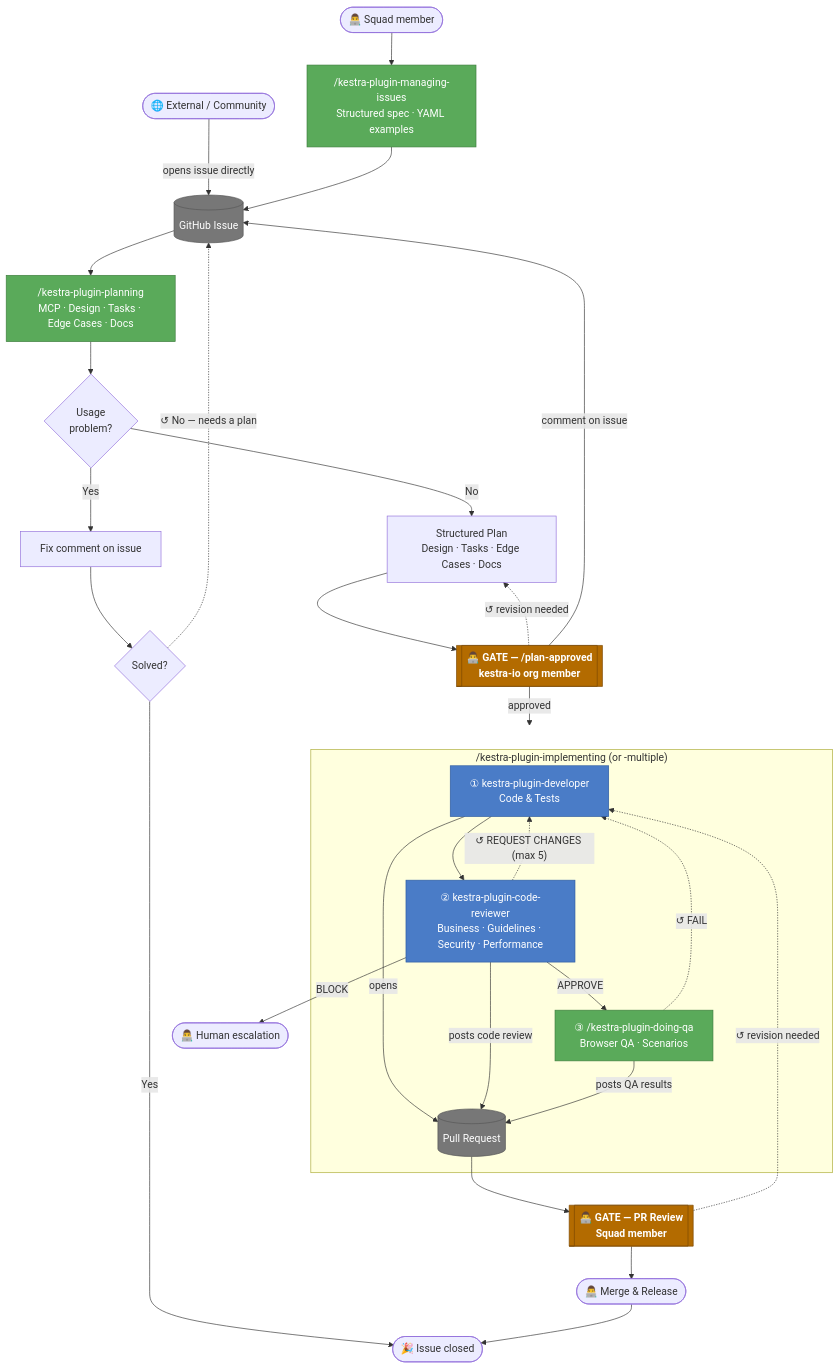
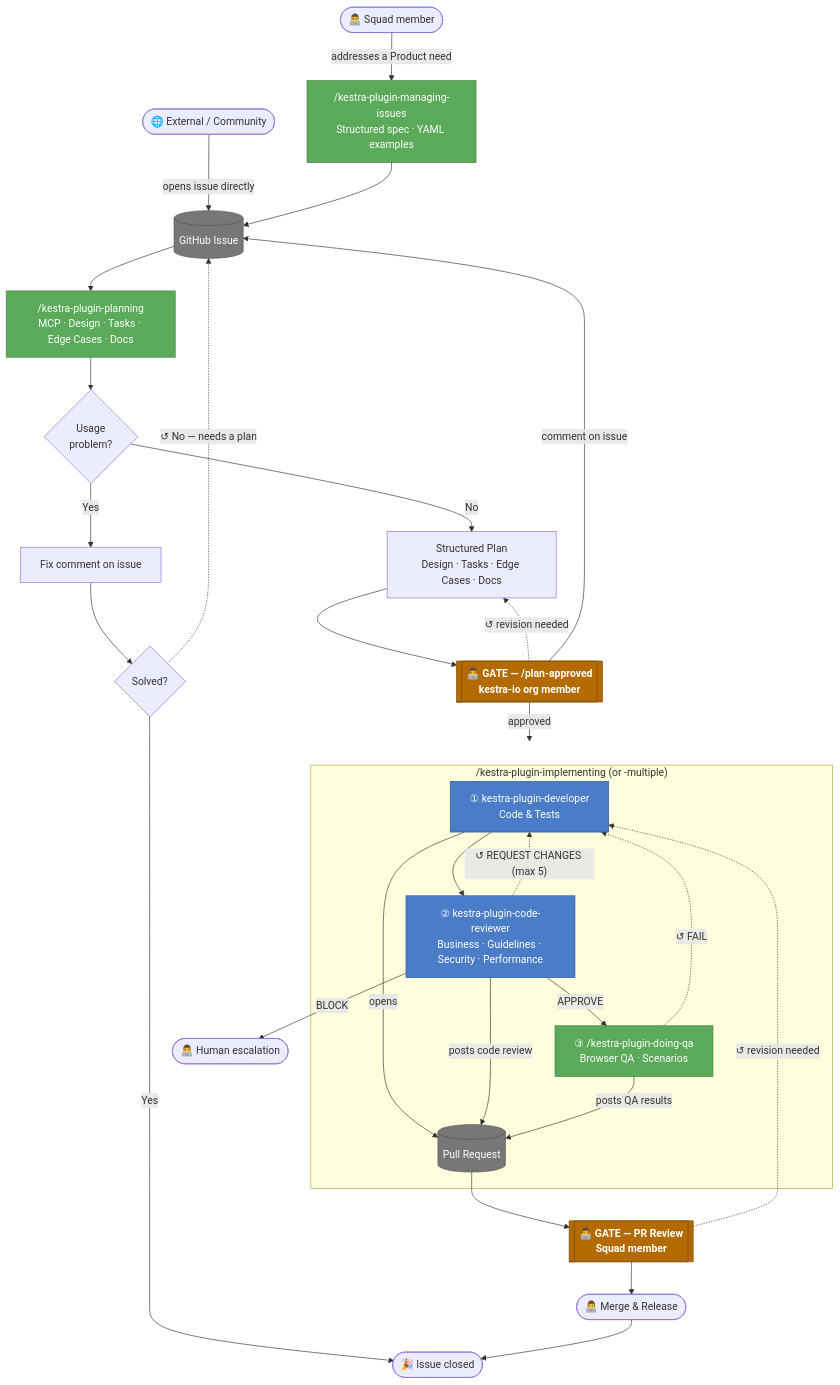
One commit to kestra-io/docs changed the diagram in src/contents/blogs/context-engineering-plugins-squad/index.md. Above: the diagram before and after it, drawn with Mermaid.

Commit message:
docs: label Squad member entry with "addresses a Product need"
Mirror the label pattern used for External contrib's "opens issue directly".

````diff
--- a/src/contents/blogs/context-engineering-plugins-squad/index.md
+++ b/src/contents/blogs/context-engineering-plugins-squad/index.md
@@ -92,47 +92,47 @@
 ```mermaid
 flowchart TD
     EXT(["🌐 External / Community"]) -->|"opens issue directly"| GH
-    A(["👨‍💻 Squad member"]) --> B
+    A(["👨‍💻 Squad member"]) -->|"addresses a Product need"| B
     B["/kestra-plugin-managing-issues\nStructured spec · YAML examples"] --> GH
     GH[(GitHub Issue)] --> C
     C["/kestra-plugin-planning\nMCP · Design · Tasks · Edge Cases · Docs"] --> D{Usage\nproblem?}
     D -->|Yes| E[Fix comment on issue]
     E --> S{Solved?}
     S -->|Yes| DONE(["🎉 Issue closed"])
     S -.->|"↺ No — needs a plan"| GH
     D -->|No| F["Structured Plan\nDesign · Tasks · Edge Cases · Docs"]
     F --> G[["👨‍💻 GATE — /plan-approved\nkestra-io org member"]]
     G -.->|"↺ revision needed"| F
     G -->|"comment on issue"| GH
     G -->|approved| IMPL
 
     subgraph IMPL["/kestra-plugin-implementing (or -multiple)"]
         I["① kestra-plugin-developer\nCode & Tests"]
         J["② kestra-plugin-code-reviewer\nBusiness · Guidelines · Security · Performance"]
         L["③ /kestra-plugin-doing-qa\nBrowser QA · Scenarios"]
         PR[(Pull Request)]
         I -->|"opens"| PR
         I --> J
         J -.->|"↺ REQUEST CHANGES (max 5)"| I
         J -->|APPROVE| L
         J -->|"posts code review"| PR
         L -.->|"↺ FAIL"| I
         L -->|"posts QA results"| PR
     end
 
     J -->|BLOCK| K(["👨‍💻 Human escalation"])
     PR --> M[["👨‍💻 GATE — PR Review\nSquad member"]]
     M -.->|"↺ revision needed"| I
     M --> N(["👨‍💻 Merge & Release"])
     N --> DONE
 
     classDef humanGate fill:#b36b00,stroke:#7a4800,color:#fff,font-weight:bold
     classDef agentStep fill:#4a7cc7,stroke:#2c5aa0,color:#fff
     classDef skillStep fill:#5aaa5a,stroke:#3d7d3d,color:#fff
     classDef artifact fill:#777,stroke:#555,color:#fff
 
     class G,M humanGate
     class I,J agentStep
     class B,C,L skillStep
     class GH,PR artifact
 ```
````
